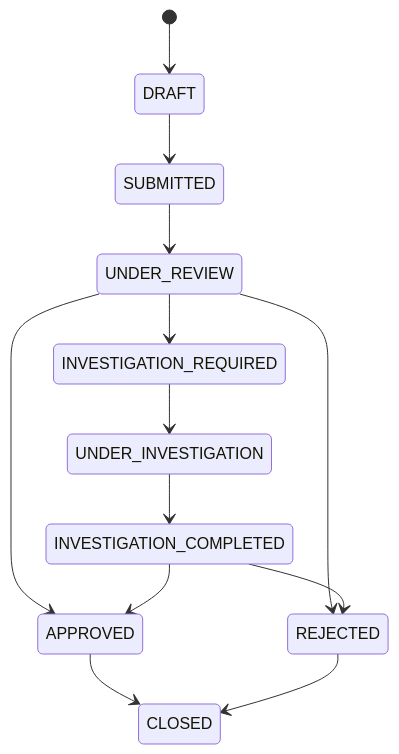
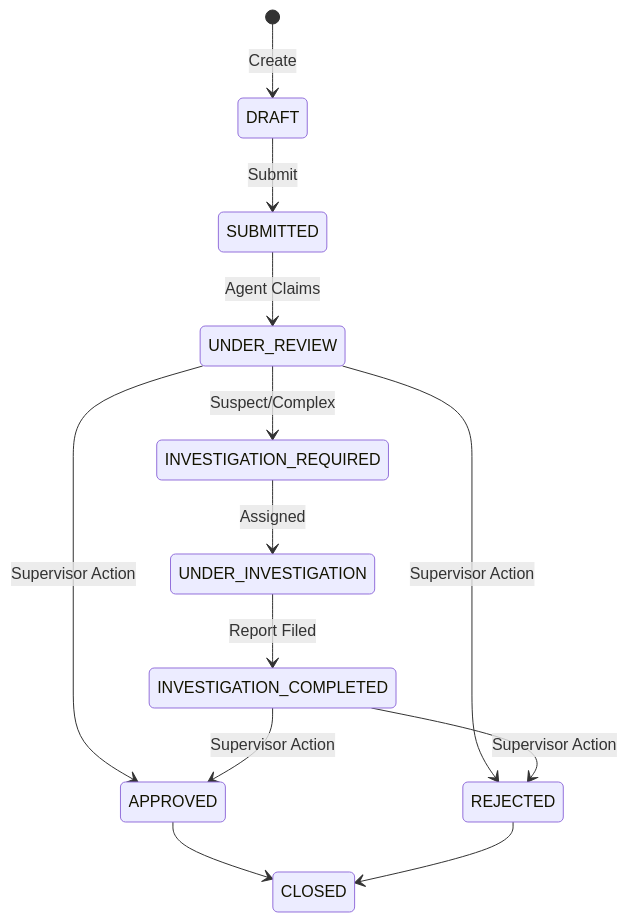
One commit to KushDani23/ClaimFlow changed the third of 3 diagrams in README.md. Above: the diagram before and after it, drawn with Mermaid. The commit also changed other lines of this file and 52 other files, not shown here.

````diff
--- a/README.md
+++ b/README.md
@@ -41,15 +72,15 @@
 ```mermaid
 stateDiagram-v2
-    [*] --> DRAFT
-    DRAFT --> SUBMITTED
-    SUBMITTED --> UNDER_REVIEW
-    UNDER_REVIEW --> INVESTIGATION_REQUIRED
-    UNDER_REVIEW --> APPROVED
-    UNDER_REVIEW --> REJECTED
-    INVESTIGATION_REQUIRED --> UNDER_INVESTIGATION
-    UNDER_INVESTIGATION --> INVESTIGATION_COMPLETED
-    INVESTIGATION_COMPLETED --> APPROVED
-    INVESTIGATION_COMPLETED --> REJECTED
+    [*] --> DRAFT : Create
+    DRAFT --> SUBMITTED : Submit
+    SUBMITTED --> UNDER_REVIEW : Agent Claims
+    UNDER_REVIEW --> APPROVED : Supervisor Action
+    UNDER_REVIEW --> REJECTED : Supervisor Action
+    UNDER_REVIEW --> INVESTIGATION_REQUIRED : Suspect/Complex
+    INVESTIGATION_REQUIRED --> UNDER_INVESTIGATION : Assigned
+    UNDER_INVESTIGATION --> INVESTIGATION_COMPLETED : Report Filed
+    INVESTIGATION_COMPLETED --> APPROVED : Supervisor Action
+    INVESTIGATION_COMPLETED --> REJECTED : Supervisor Action
     APPROVED --> CLOSED
     REJECTED --> CLOSED
 ```
````
